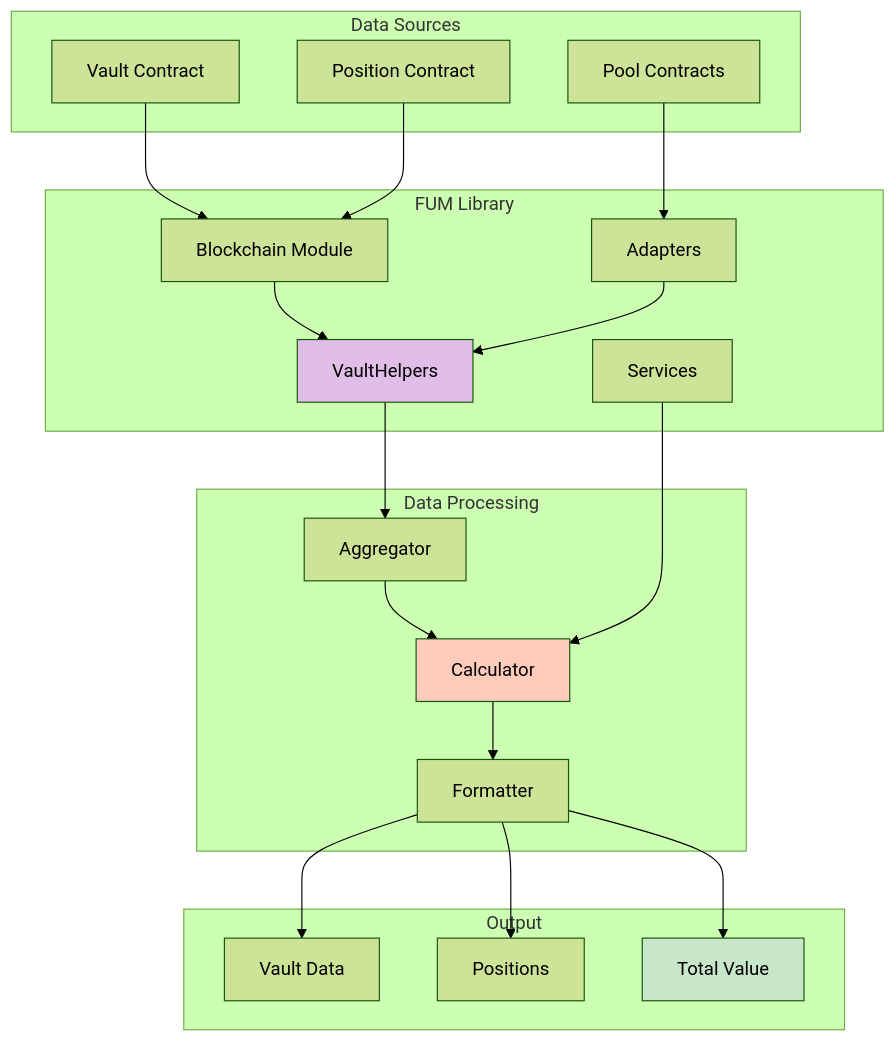
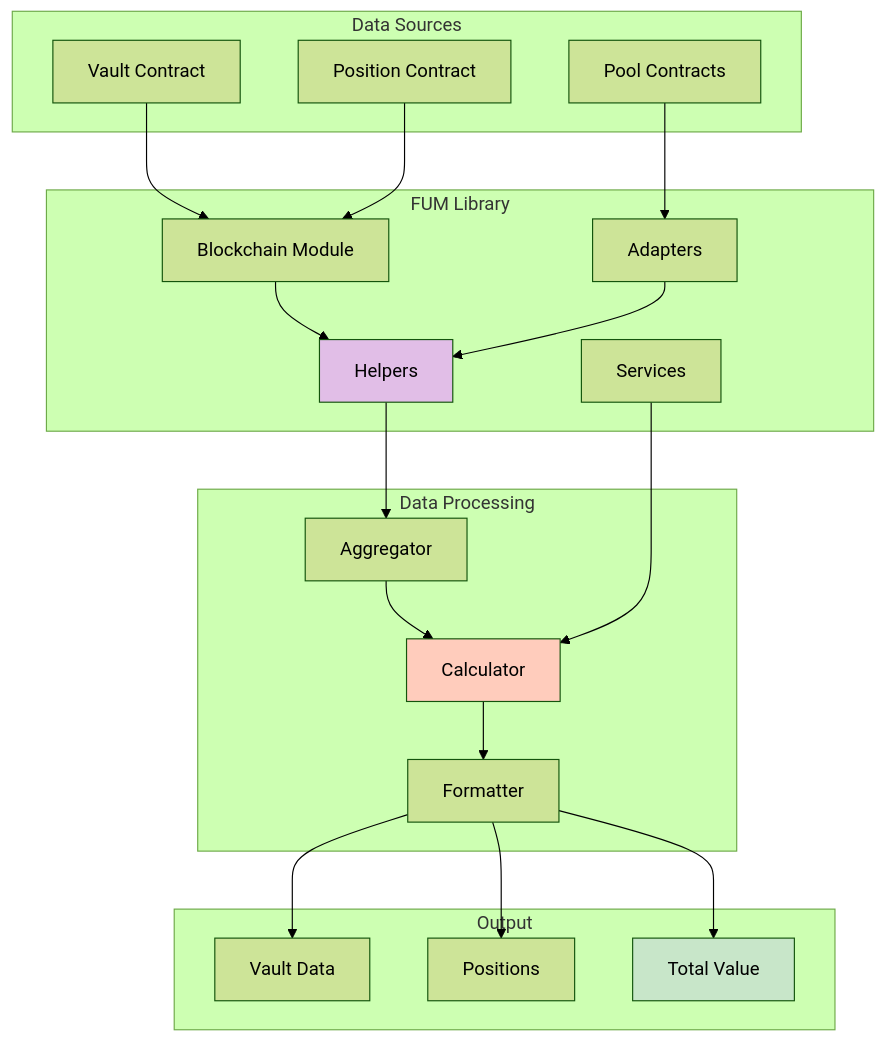
Before and after one commit to derrek-b/fum_project: the third of 5 diagrams in docs/diagrams/mermaid/component-interaction.md, drawn with Mermaid (forest theme). The commit also changed other lines of this file and 58 other files, not shown here.

````diff
--- a/docs/diagrams/mermaid/component-interaction.md
+++ b/docs/diagrams/mermaid/component-interaction.md
@@ -91,47 +93,47 @@
 ```mermaid
 flowchart TB
     subgraph "Data Sources"
         VC[Vault Contract]
         PC[Position Contract]
         PoolC[Pool Contracts]
     end
     
     subgraph "FUM Library"
-        VH[VaultHelpers]
+        HLP[Helpers]
         AD[Adapters]
         BC[Blockchain Module]
         SVC[Services]
     end
     
     subgraph "Data Processing"
         AGG[Aggregator]
         CALC[Calculator]
         FORMAT[Formatter]
     end
     
     subgraph "Output"
         VD[Vault Data]
         POS[Positions]
         TVL[Total Value]
     end
     
     VC --> BC
     PC --> BC
     PoolC --> AD
     
-    BC --> VH
-    AD --> VH
-    VH --> AGG
+    BC --> HLP
+    AD --> HLP
+    HLP --> AGG
     
     AGG --> CALC
     SVC --> CALC
     CALC --> FORMAT
     
     FORMAT --> VD
     FORMAT --> POS
     FORMAT --> TVL
     
-    style VH fill:#e1bee7
+    style HLP fill:#e1bee7
     style CALC fill:#ffccbc
     style TVL fill:#c8e6c9
 ```
````
